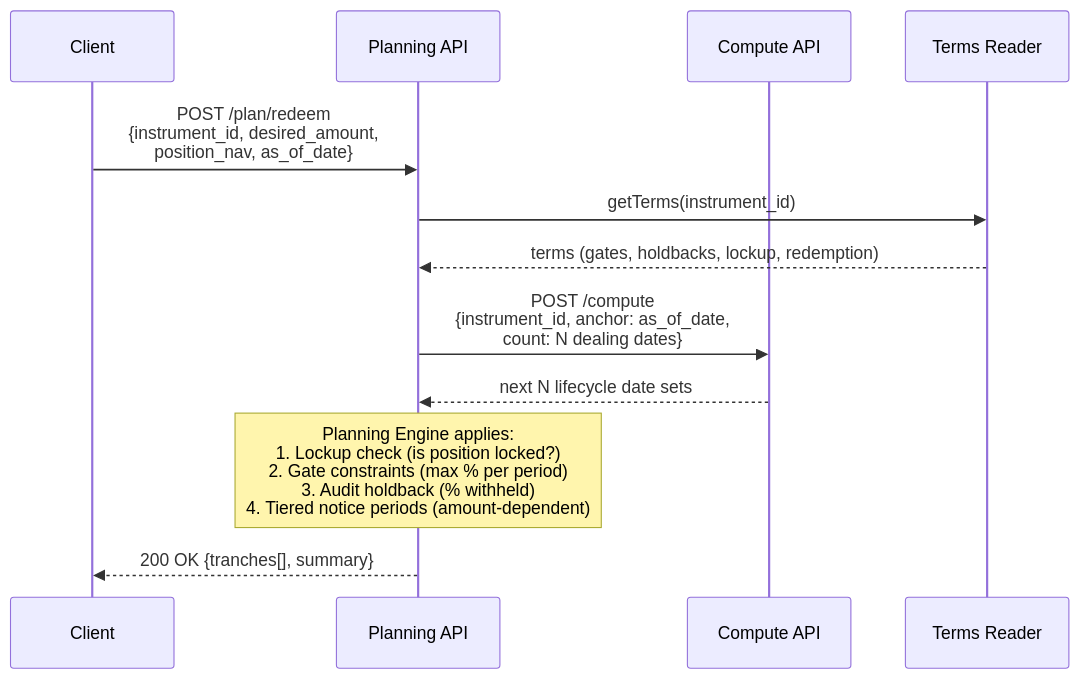
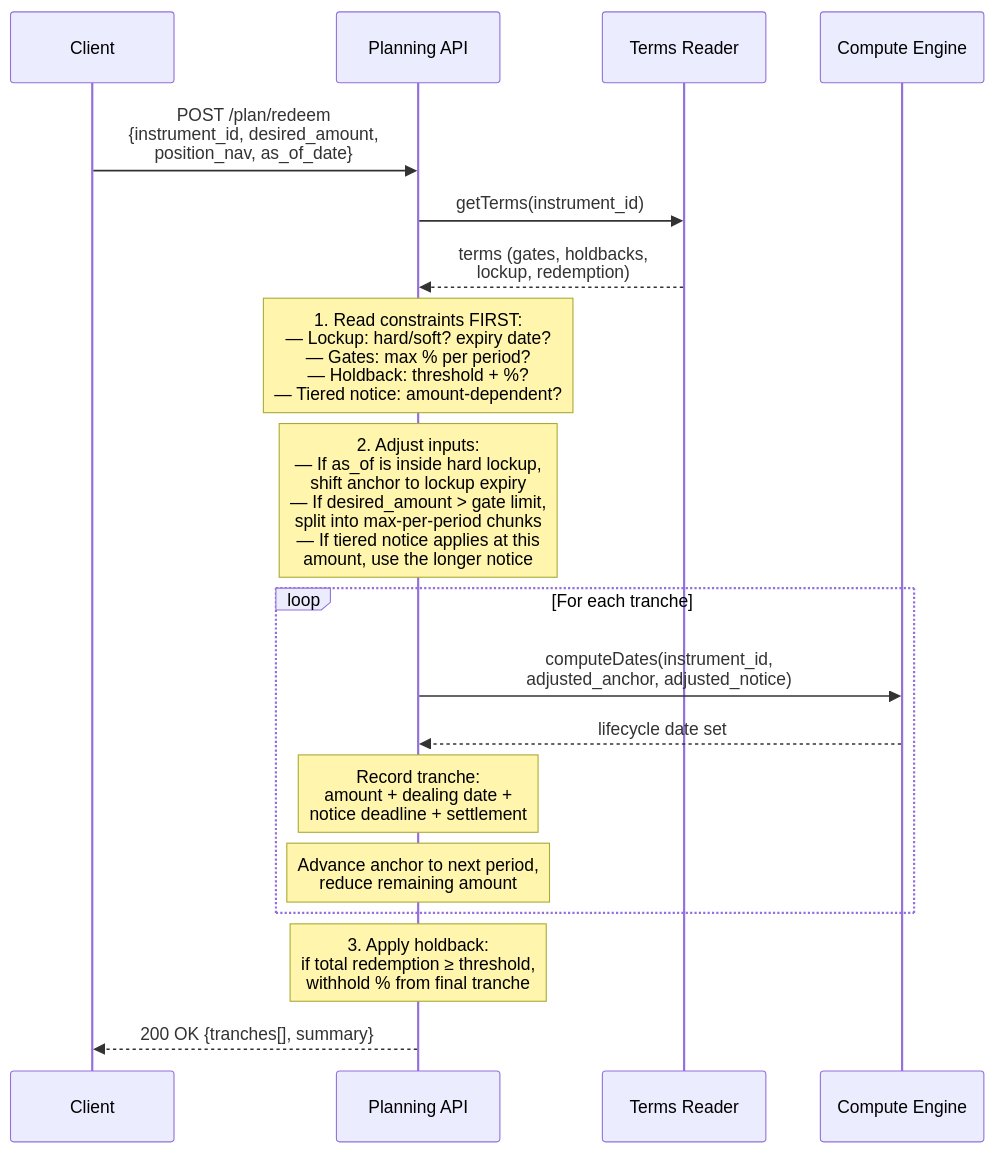
Before and after one commit to Ashu290905/OSYTE: the seventh of 8 diagrams in lcs-main/docs/architecture.md, drawn with Mermaid. The commit also changed other lines of this file, not shown here.

First line of the commit message:
Merge Compute + Planning into single service, fix Planning flow, add examples

````diff
--- a/lcs-main/docs/architecture.md
+++ b/lcs-main/docs/architecture.md
@@ -371,19 +366,27 @@
 ```mermaid
 sequenceDiagram
     participant Client
     participant PlanAPI as Planning API
-    participant ComputeAPI as Compute API
-    participant TS as Terms Reader
+    participant TR as Terms Reader
+    participant CE as Compute Engine
 
     Client->>PlanAPI: POST /plan/redeem<br/>{instrument_id, desired_amount,<br/> position_nav, as_of_date}
 
-    PlanAPI->>TS: getTerms(instrument_id)
-    TS-->>PlanAPI: terms (gates, holdbacks, lockup, redemption)
+    PlanAPI->>TR: getTerms(instrument_id)
+    TR-->>PlanAPI: terms (gates, holdbacks,<br/>lockup, redemption)
 
-    PlanAPI->>ComputeAPI: POST /compute<br/>{instrument_id, anchor: as_of_date,<br/> count: N dealing dates}
-    ComputeAPI-->>PlanAPI: next N lifecycle date sets
+    Note over PlanAPI: 1. Read constraints FIRST:<br/>— Lockup: hard/soft? expiry date?<br/>— Gates: max % per period?<br/>— Holdback: threshold + %?<br/>— Tiered notice: amount-dependent?
 
-    Note over PlanAPI: Planning Engine applies:<br/>1. Lockup check (is position locked?)<br/>2. Gate constraints (max % per period)<br/>3. Audit holdback (% withheld)<br/>4. Tiered notice periods (amount-dependent)
+    Note over PlanAPI: 2. Adjust inputs:<br/>— If as_of is inside hard lockup,<br/>  shift anchor to lockup expiry<br/>— If desired_amount > gate limit,<br/>  split into max-per-period chunks<br/>— If tiered notice applies at this<br/>  amount, use the longer notice
+
+    loop For each tranche
+        PlanAPI->>CE: computeDates(instrument_id,<br/>adjusted_anchor, adjusted_notice)
+        CE-->>PlanAPI: lifecycle date set
+        Note over PlanAPI: Record tranche:<br/>amount + dealing date +<br/>notice deadline + settlement
+        Note over PlanAPI: Advance anchor to next period,<br/>reduce remaining amount
+    end
+
+    Note over PlanAPI: 3. Apply holdback:<br/>if total redemption ≥ threshold,<br/>withhold % from final tranche
 
     PlanAPI-->>Client: 200 OK {tranches[], summary}
 ```
````
